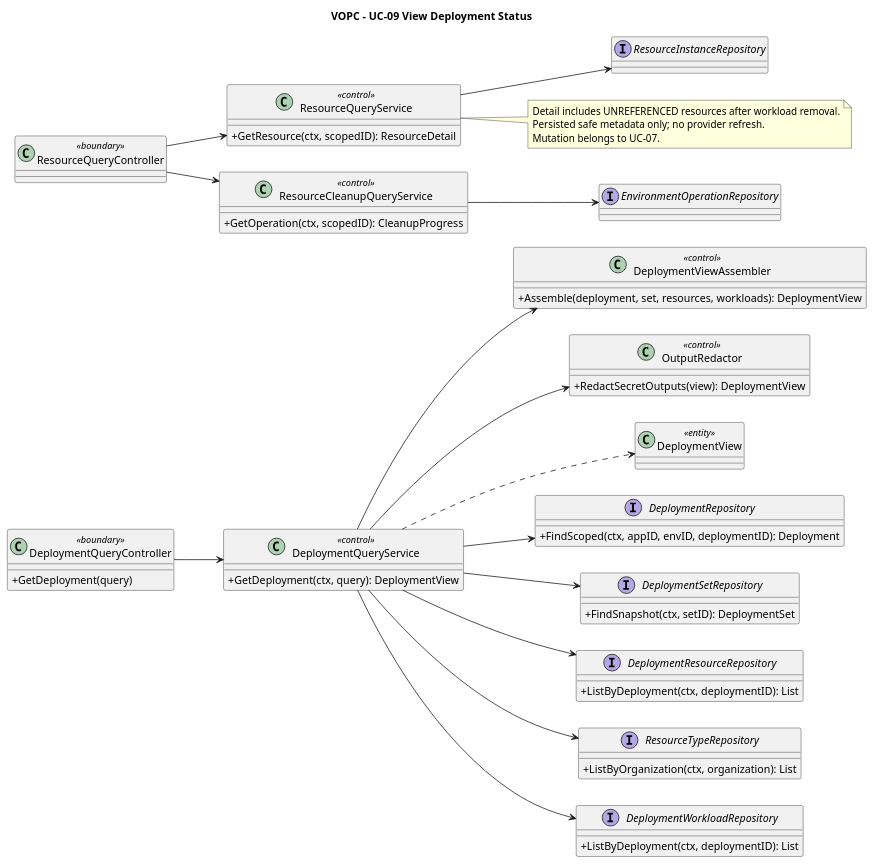
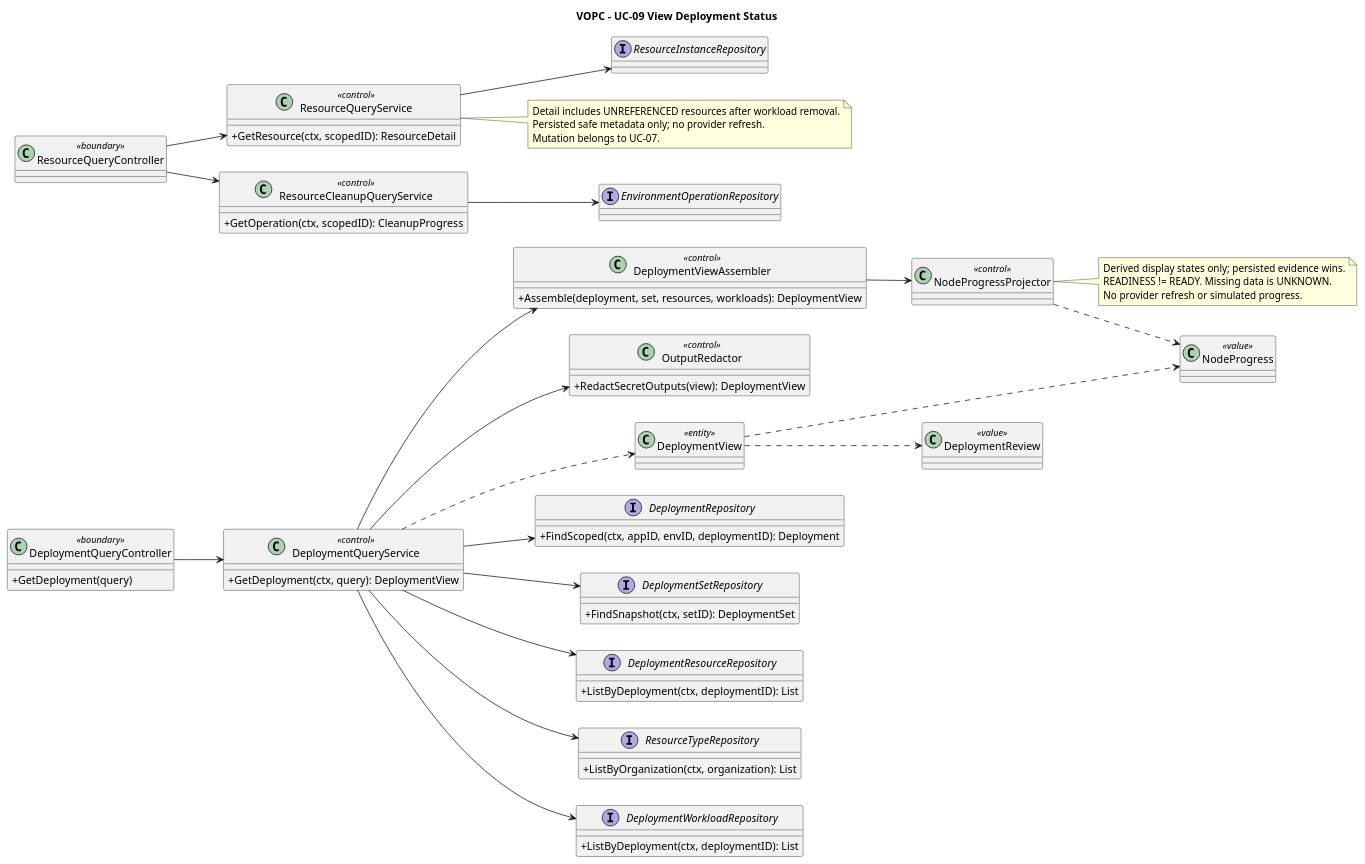
One commit to pr3s3nt/poc changed the diagram in orchestrator_docs/usecase/UC-09/vopc.puml. Above: the diagram before and after it, drawn with PlantUML. The commit also changed 56 other files, not shown here.

Commit message:
docs: specify visual deployment review artifacts and resource progress

```diff
--- a/orchestrator_docs/usecase/UC-09/vopc.puml
+++ b/orchestrator_docs/usecase/UC-09/vopc.puml
@@ -1,60 +1,72 @@
 @startuml
 title VOPC - UC-09 View Deployment Status
 left to right direction
 skinparam classAttributeIconSize 0
 class DeploymentQueryController <<boundary>> {
   +GetDeployment(query)
 }
 class DeploymentQueryService <<control>> {
   +GetDeployment(ctx, query): DeploymentView
 }
 class DeploymentViewAssembler <<control>> {
   +Assemble(deployment, set, resources, workloads): DeploymentView
 }
 class OutputRedactor <<control>> {
   +RedactSecretOutputs(view): DeploymentView
 }
 class DeploymentView <<entity>>
 interface DeploymentRepository {
   +FindScoped(ctx, appID, envID, deploymentID): Deployment
 }
 interface DeploymentSetRepository {
   +FindSnapshot(ctx, setID): DeploymentSet
 }
 interface DeploymentResourceRepository {
   +ListByDeployment(ctx, deploymentID): List
 }
 interface ResourceTypeRepository {
   +ListByOrganization(ctx, organization): List
 }
 interface DeploymentWorkloadRepository {
   +ListByDeployment(ctx, deploymentID): List
 }
 DeploymentQueryController --> DeploymentQueryService
 DeploymentQueryService --> DeploymentViewAssembler
 DeploymentQueryService --> OutputRedactor
 DeploymentQueryService --> DeploymentRepository
 DeploymentQueryService --> DeploymentSetRepository
 DeploymentQueryService --> DeploymentResourceRepository
 DeploymentQueryService --> ResourceTypeRepository
 DeploymentQueryService --> DeploymentWorkloadRepository
 DeploymentQueryService ..> DeploymentView
 class ResourceQueryController <<boundary>>
 class ResourceQueryService <<control>> {
   +GetResource(ctx, scopedID): ResourceDetail
 }
 class ResourceCleanupQueryService <<control>> {
   +GetOperation(ctx, scopedID): CleanupProgress
 }
 interface ResourceInstanceRepository
 interface EnvironmentOperationRepository
 ResourceQueryController --> ResourceQueryService
 ResourceQueryController --> ResourceCleanupQueryService
 ResourceQueryService --> ResourceInstanceRepository
 ResourceCleanupQueryService --> EnvironmentOperationRepository
 note right of ResourceQueryService
 Detail includes UNREFERENCED resources after workload removal.
 Persisted safe metadata only; no provider refresh.
 Mutation belongs to UC-07.
 end note
+class NodeProgressProjector <<control>>
+class NodeProgress <<value>>
+class DeploymentReview <<value>>
+DeploymentViewAssembler --> NodeProgressProjector
+NodeProgressProjector ..> NodeProgress
+DeploymentView ..> NodeProgress
+DeploymentView ..> DeploymentReview
+note right of NodeProgressProjector
+Derived display states only; persisted evidence wins.
+READINESS != READY. Missing data is UNKNOWN.
+No provider refresh or simulated progress.
+end note
 @enduml
```
